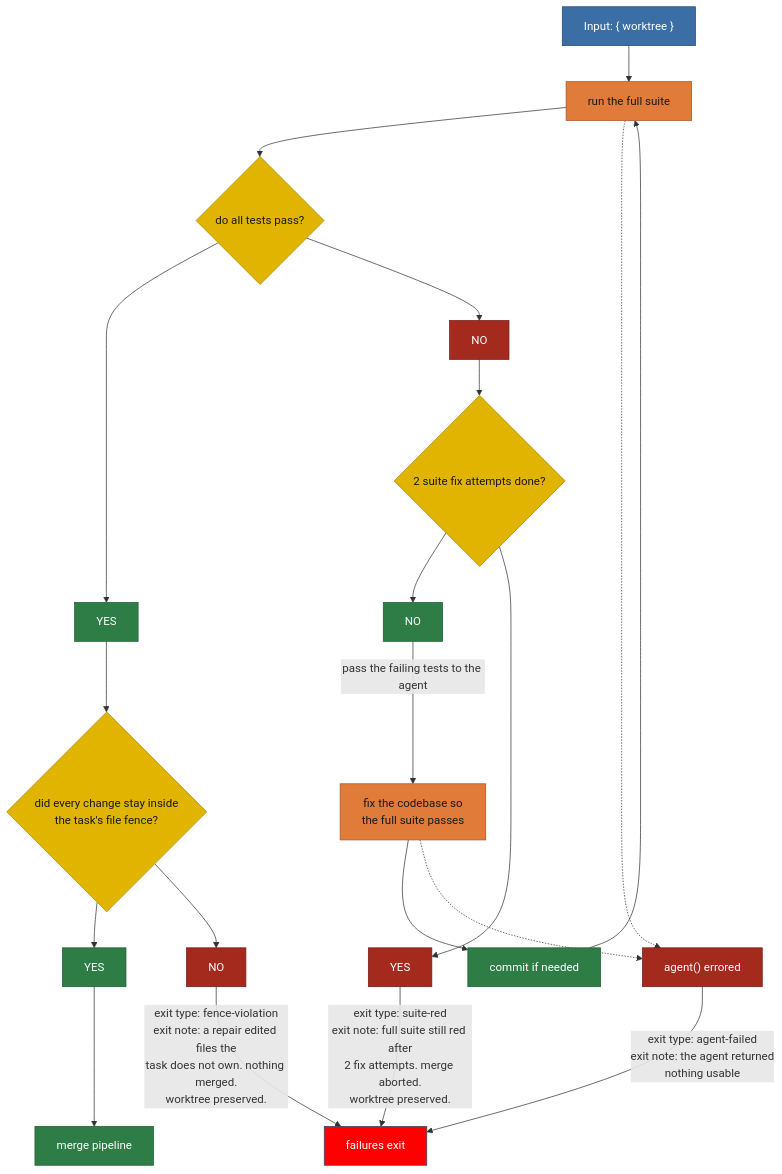
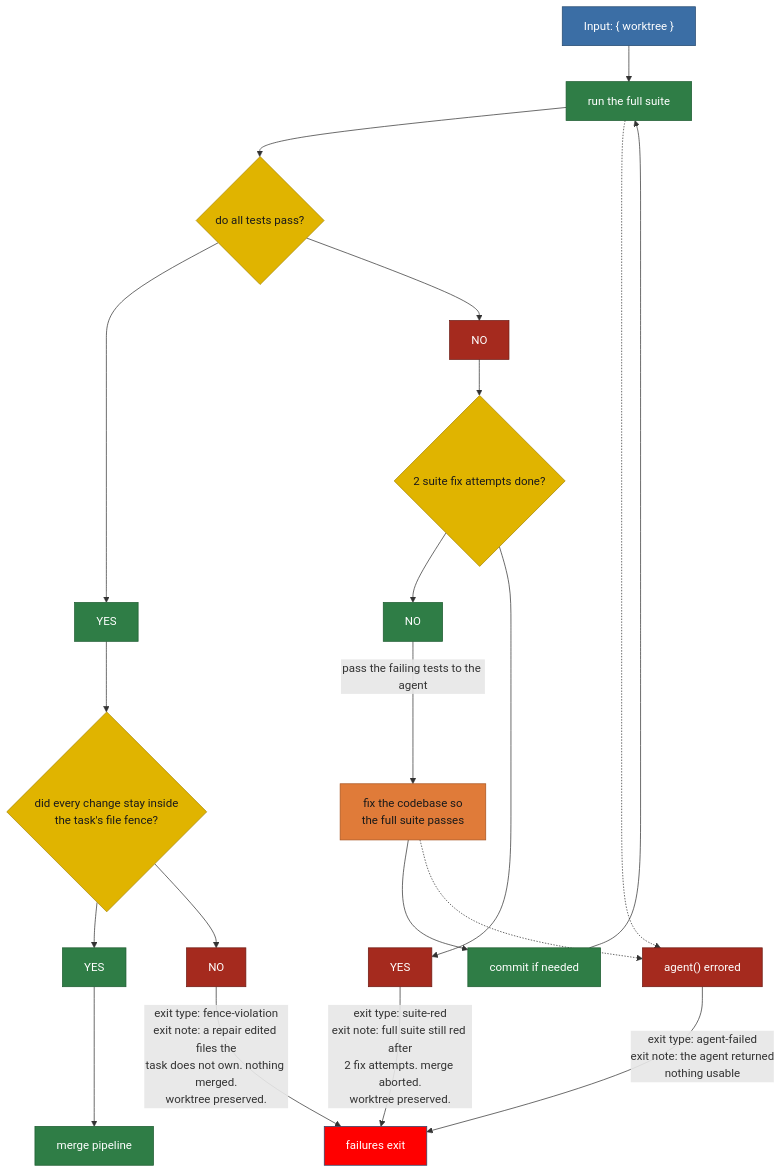
The diagram in plans/diagram/pipeline-suite.mmd (matkatmusic/taskTools), drawn with Mermaid before and after one commit. The commit also changed 125 other files, not shown here.

```diff
--- a/plans/diagram/pipeline-suite.mmd
+++ b/plans/diagram/pipeline-suite.mmd
@@ -1,77 +1,77 @@
 flowchart TB
 %% FULL SUITE PIPELINE. Split from pipeline-rebaseMerge.mmd.
 %% ---
 %% Input: a rebased worktree, with the source repo lock already held.
 %% ---
 %% Job: get the whole test suite green on the target branch.
 %% ---
 %% Rules not shown in the graph:
 %% ---
 %% The workflow sandbox cannot run a script, so this box is an agent box.
 %% ---
 %% The agent runs runFullSuite.ts with Bash and hands back the verdict.
 %% ---
 %% The fence gate runs once, after the fix loop and before the merge.
 %% ---
 %% It re-derives the diff itself and never trusts an agent's self-report.
 %% ---
 %% See checkTaskFileFence.ts.
 %% ---
 %% Counters count fix attempts, not failing runs.
 %% ---
 %% They are per-invocation, not persisted to tasks.json.
 %% ---
 %% KNOWN CEILING: the source lock goes stale at 15 minutes.
 %% ---
 %% Refreshes happen only between boxes, no background timer.
 %% ---
 %% See sourceRepoLock.ts, no setInterval.
 %% ---
 %% A script that fails operationally exits as run-failed.
 %% ---
 %% Exit types: agent-failed, suite-red, fence-violation, run-failed.
 
   REBASED_WORKTREE_INPUT["Input: { worktree }"] --> RUN_FULL_SUITE
   RUN_FULL_SUITE["run the full suite"] --> DO_ALL_TESTS_PASS{"do all tests pass?"}
   DO_ALL_TESTS_PASS --> DO_ALL_TESTS_PASS_YES["YES"]
   DO_ALL_TESTS_PASS --> DO_ALL_TESTS_PASS_NO["NO"]
 
   DO_ALL_TESTS_PASS_NO --> ARE_2_SUITE_FIXES_DONE{"2 suite fix attempts done?"}
   ARE_2_SUITE_FIXES_DONE --> ARE_2_SUITE_FIXES_DONE_NO["NO"]
   ARE_2_SUITE_FIXES_DONE --> ARE_2_SUITE_FIXES_DONE_YES["YES"]
   ARE_2_SUITE_FIXES_DONE_NO -- "pass the failing tests to the agent" --> FIX_THE_CODEBASE_FOR_SUITE["fix the codebase so<br/>the full suite passes"]
-  FIX_THE_CODEBASE_FOR_SUITE --> COMMIT_IF_NEEDED["commit if needed"]
-  COMMIT_IF_NEEDED --> RUN_FULL_SUITE
-  ARE_2_SUITE_FIXES_DONE_YES -- "exit type: suite-red<br/>exit note: full suite still red after<br/>2 fix attempts. merge aborted.<br/>worktree preserved." --> EXIT_WORKFLOW
+  FIX_THE_CODEBASE_FOR_SUITE --> COMMIT_SUITE_FIX_IF_NEEDED["commit if needed"]
+  COMMIT_SUITE_FIX_IF_NEEDED --> RUN_FULL_SUITE
+  ARE_2_SUITE_FIXES_DONE_YES -- "exit type: suite-red<br/>exit note: full suite still red after<br/>2 fix attempts. merge aborted.<br/>worktree preserved." --> EXIT_WORKFLOW_SUITE
 
   DO_ALL_TESTS_PASS_YES --> DID_CHANGES_STAY_INSIDE_FENCE{"did every change stay inside<br/>the task's file fence?"}
   DID_CHANGES_STAY_INSIDE_FENCE --> DID_CHANGES_STAY_INSIDE_FENCE_YES["YES"]
   DID_CHANGES_STAY_INSIDE_FENCE --> DID_CHANGES_STAY_INSIDE_FENCE_NO["NO"]
   DID_CHANGES_STAY_INSIDE_FENCE_YES --> MERGE_PIPELINE["merge pipeline"]
-  DID_CHANGES_STAY_INSIDE_FENCE_NO -- "exit type: fence-violation<br/>exit note: a repair edited files the<br/>task does not own. nothing merged.<br/>worktree preserved." --> EXIT_WORKFLOW
+  DID_CHANGES_STAY_INSIDE_FENCE_NO -- "exit type: fence-violation<br/>exit note: a repair edited files the<br/>task does not own. nothing merged.<br/>worktree preserved." --> EXIT_WORKFLOW_SUITE
 
-  FIX_THE_CODEBASE_FOR_SUITE -.-> AGENT_ERRORED["agent() errored"] -- "exit type: agent-failed<br/>exit note: the agent returned<br/>nothing usable" --> EXIT_WORKFLOW
+  FIX_THE_CODEBASE_FOR_SUITE -.-> AGENT_ERRORED["agent() errored"] -- "exit type: agent-failed<br/>exit note: the agent returned<br/>nothing usable" --> EXIT_WORKFLOW_SUITE
   RUN_FULL_SUITE -.-> AGENT_ERRORED
 
-  EXIT_WORKFLOW["failures exit"]
+  EXIT_WORKFLOW_SUITE["failures exit"]
 
   %% Green heads for the next pipeline.
   %% ---
   %% Red goes back round the cycle or ends in the exit workflow.
   classDef pipeline fill:#2f7d46,stroke:#1e5c31,color:#ffffff
   classDef script fill:#2f7d46,stroke:#1e5c31,color:#ffffff
   classDef agent fill:#e07b39,stroke:#a8541f,color:#1a1a1a
   classDef decision fill:#e0b400,stroke:#a88600,color:#1a1a1a
   classDef output fill:#3b6ea5,stroke:#254a70,color:#ffffff
   classDef fail fill:red,stroke:#254a70,color:#ffffff
   classDef pass fill:#2f7d46,stroke:#1e5c31,color:#ffffff
   classDef nopass fill:#a52a1e,stroke:#6d1a12,color:#ffffff
   class DO_ALL_TESTS_PASS,ARE_2_SUITE_FIXES_DONE,DID_CHANGES_STAY_INSIDE_FENCE decision
-  class COMMIT_IF_NEEDED script
-  class RUN_FULL_SUITE,FIX_THE_CODEBASE_FOR_SUITE agent
+  class COMMIT_SUITE_FIX_IF_NEEDED,RUN_FULL_SUITE script
+  class FIX_THE_CODEBASE_FOR_SUITE agent
   class MERGE_PIPELINE pipeline
   class DO_ALL_TESTS_PASS_YES,ARE_2_SUITE_FIXES_DONE_NO,DID_CHANGES_STAY_INSIDE_FENCE_YES pass
   class DO_ALL_TESTS_PASS_NO,ARE_2_SUITE_FIXES_DONE_YES,DID_CHANGES_STAY_INSIDE_FENCE_NO nopass
   class AGENT_ERRORED nopass
-  class EXIT_WORKFLOW fail
+  class EXIT_WORKFLOW_SUITE fail
   class REBASED_WORKTREE_INPUT output
```
